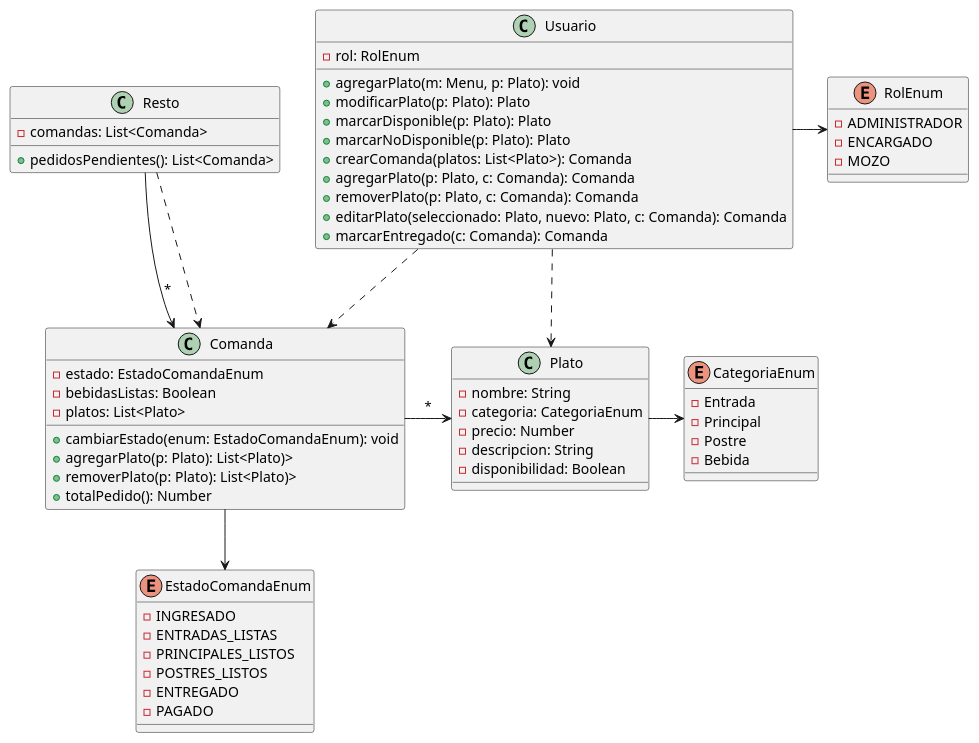
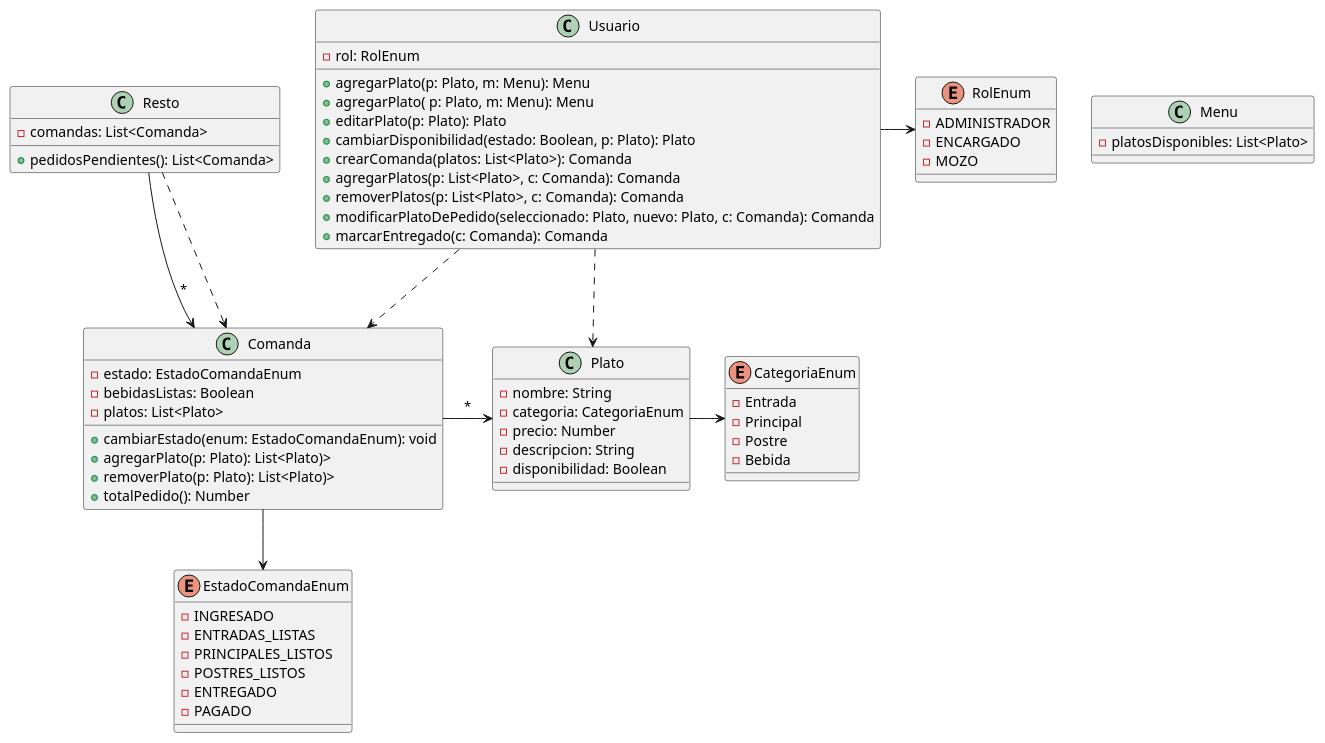
One commit to josephmansilla/cursada-desarrollo-de-software-2026 changed the diagram in kommanda/domain/domain.plantuml. Above: the diagram before and after it, drawn with PlantUML. The commit also changed 1 other file, not shown here.

```diff
--- a/kommanda/domain/domain.plantuml
+++ b/kommanda/domain/domain.plantuml
@@ -1,69 +1,73 @@
 @startuml kommanda
 
 class Usuario {
     - rol: RolEnum
-    + agregarPlato(m: Menu, p: Plato): void
-    + modificarPlato(p: Plato): Plato
-    + marcarDisponible(p: Plato): Plato
-    + marcarNoDisponible(p: Plato): Plato
+    + agregarPlato(p: Plato, m: Menu): Menu
+    + agregarPlato( p: Plato, m: Menu): Menu
+    + editarPlato(p: Plato): Plato
+    + cambiarDisponibilidad(estado: Boolean, p: Plato): Plato
     + crearComanda(platos: List<Plato>): Comanda
-    + agregarPlato(p: Plato, c: Comanda): Comanda
-    + removerPlato(p: Plato, c: Comanda): Comanda
-    + editarPlato(seleccionado: Plato, nuevo: Plato, c: Comanda): Comanda
+    + agregarPlatos(p: List<Plato>, c: Comanda): Comanda
+    + removerPlatos(p: List<Plato>, c: Comanda): Comanda
+    + modificarPlatoDePedido(seleccionado: Plato, nuevo: Plato, c: Comanda): Comanda
     + marcarEntregado(c: Comanda): Comanda
 }
 
 class Comanda {
     - estado: EstadoComandaEnum
     - bebidasListas: Boolean
     - platos: List<Plato>
     + cambiarEstado(enum: EstadoComandaEnum): void
     + agregarPlato(p: Plato): List<Plato)>
     + removerPlato(p: Plato): List<Plato)>
     + totalPedido(): Number
 }
 
 class Resto {
     - comandas: List<Comanda>
     + pedidosPendientes(): List<Comanda>
 }
 
 class Plato {
     - nombre: String
     - categoria: CategoriaEnum
     - precio: Number
     - descripcion: String
     - disponibilidad: Boolean
+}
+
+class Menu {
+    - platosDisponibles: List<Plato>
 }
 
 enum EstadoComandaEnum {
     - INGRESADO
     - ENTRADAS_LISTAS
     - PRINCIPALES_LISTOS
     - POSTRES_LISTOS
     - ENTREGADO
     - PAGADO
 }
 enum RolEnum {
     - ADMINISTRADOR
     - ENCARGADO
     - MOZO
 }
 enum CategoriaEnum {
     - Entrada
     - Principal
     - Postre
     - Bebida
 }
 
 
 Usuario -> RolEnum
 Usuario -.> Comanda
 Usuario -.> Plato
 Plato -> CategoriaEnum
 Comanda --> EstadoComandaEnum
 Comanda -> Plato: *
 Resto --> Comanda: *
 Resto ..> Comanda
 
 @enduml
```
